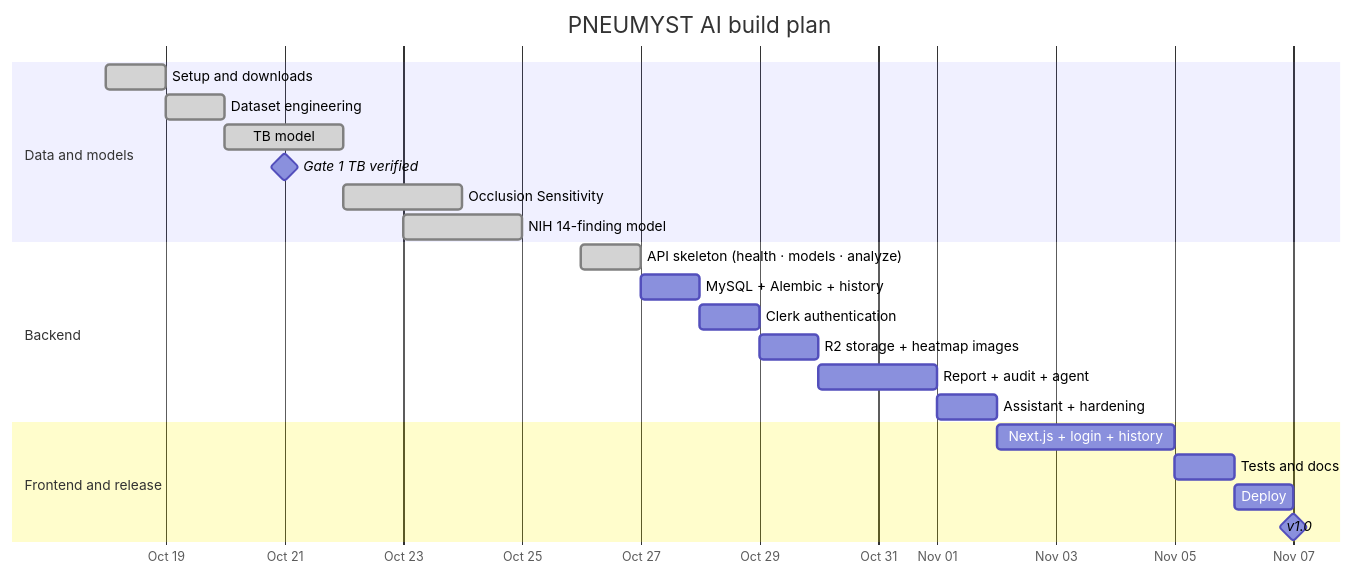
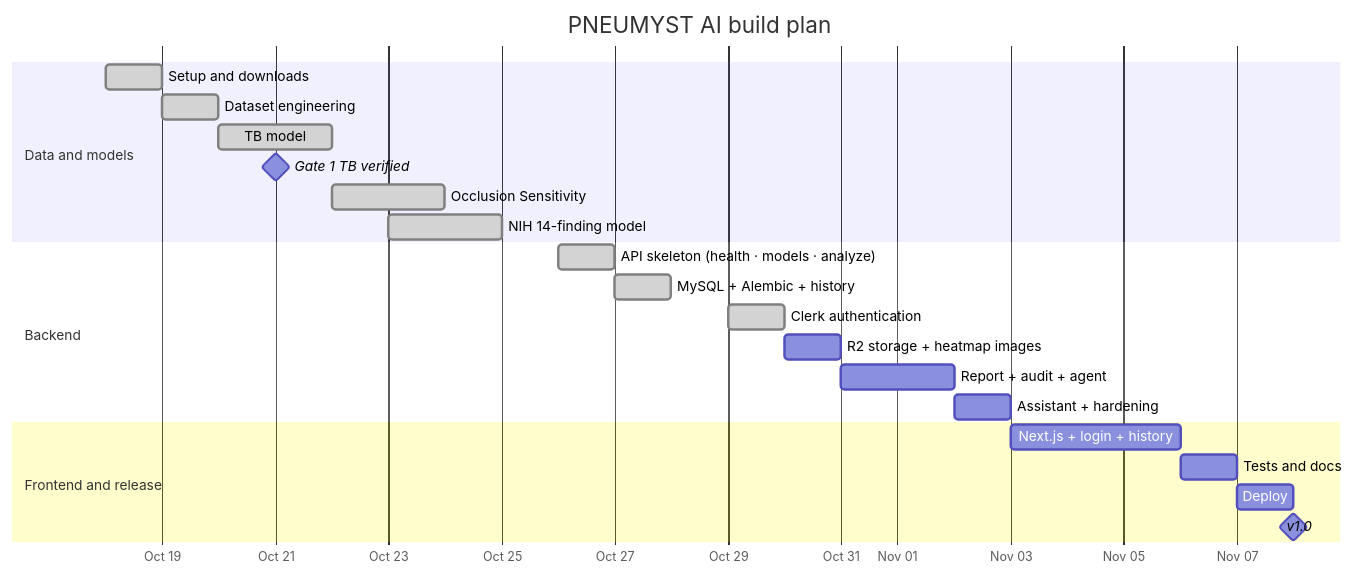
One commit to Fy1zN/pneumyst-ai changed the fifth of 5 diagrams in README.md. Above: the diagram before and after it, drawn with Mermaid. The commit also changed other lines of this file and 1 other file, not shown here.

First line of the commit message:
Document backend step 3: Clerk authentication

````diff
--- a/README.md
+++ b/README.md
@@ -832,25 +832,25 @@
 ```mermaid
 gantt
     title PNEUMYST AI build plan
     dateFormat YYYY-MM-DD
     axisFormat %b %d
     section Data and models
     Setup and downloads          :done, a1, 2026-10-18, 1d
     Dataset engineering          :done, a2, 2026-10-19, 1d
     TB model                     :done, a3, 2026-10-20, 2d
     Gate 1 TB verified           :milestone, 2026-10-21, 0d
     Occlusion Sensitivity        :done, a4, 2026-10-22, 2d
     NIH 14-finding model         :done, a5, 2026-10-23, 2d
     section Backend
     API skeleton (health · models · analyze) :done, b1, 2026-10-26, 1d
-    MySQL + Alembic + history    :b2, 2026-10-27, 1d
-    Clerk authentication         :b3, after b2, 1d
+    MySQL + Alembic + history    :done, b2, 2026-10-27, 1d
+    Clerk authentication         :done, b3, 2026-10-29, 1d
     R2 storage + heatmap images  :b4, after b3, 1d
     Report + audit + agent       :b5, after b4, 2d
     Assistant + hardening        :b6, after b5, 1d
     section Frontend and release
     Next.js + login + history    :c1, after b6, 3d
     Tests and docs               :c2, after c1, 1d
     Deploy                       :c3, after c2, 1d
     v1.0                         :milestone, after c3, 0d
 ```
````
